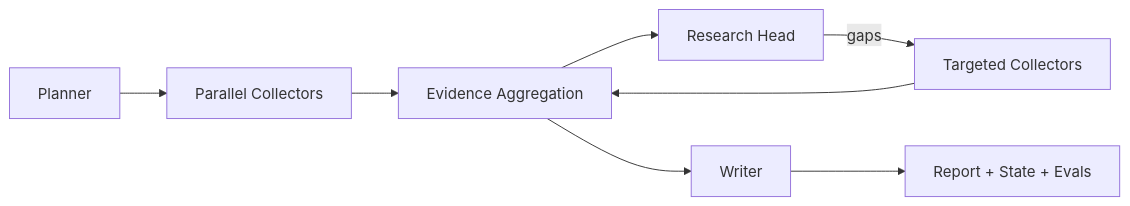
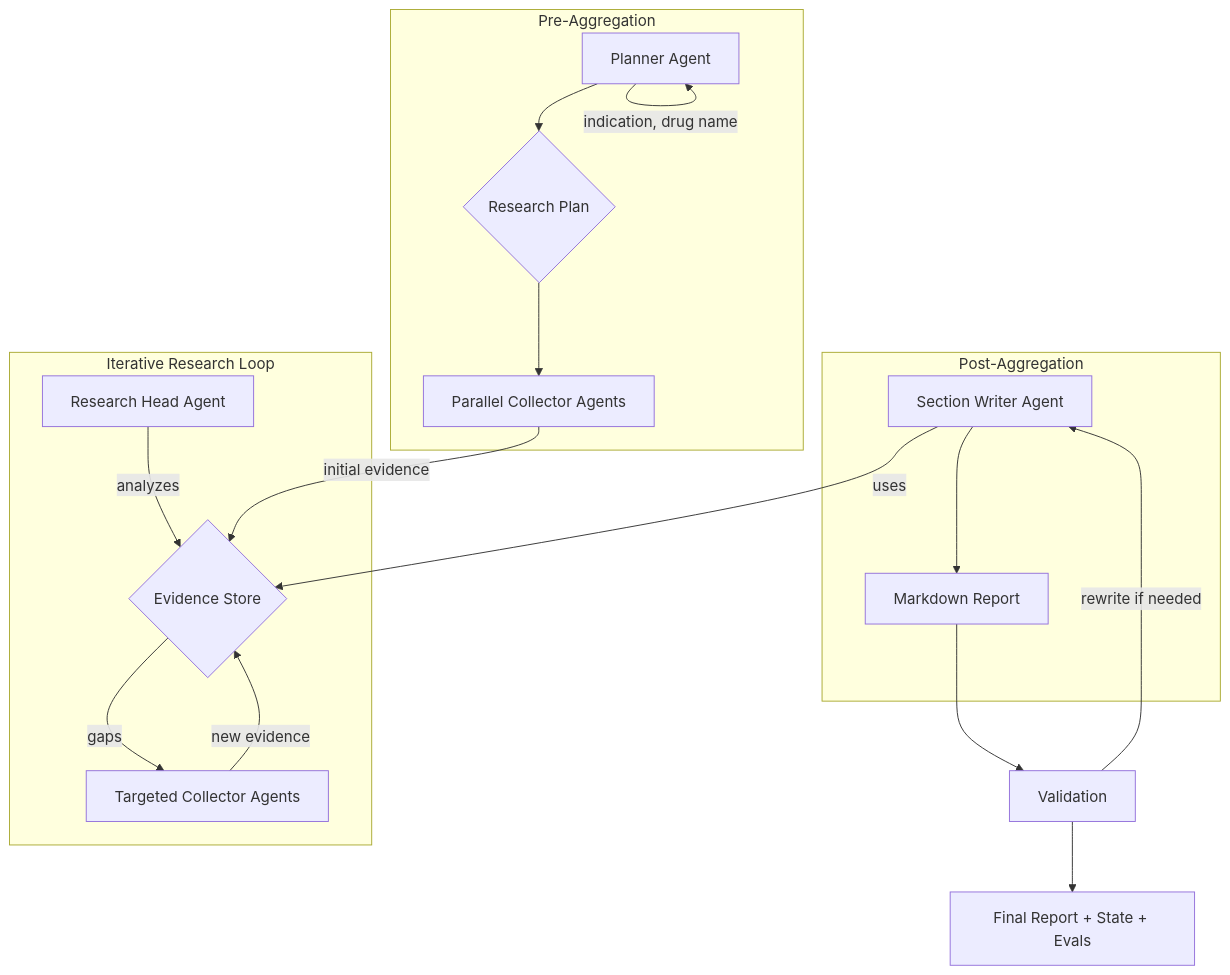
One commit to dodgituser/dod-deep-research changed the diagram in docs/architecture.md. Above: the diagram before and after it, drawn with Mermaid. The commit also changed 20 other files, not shown here.

````diff
--- a/docs/architecture.md
+++ b/docs/architecture.md
@@ -1,10 +1,24 @@
 ```mermaid
-flowchart LR
-    A[Planner] --> B[Parallel Collectors]
-    B --> C[Evidence Aggregation]
-    C --> D[Research Head]
-    D -->|gaps| E[Targeted Collectors]
-    E --> C
-    C --> F[Writer]
-    F --> G[Report + State + Evals]
+graph TD
+    subgraph "Pre-Aggregation"
+        A[Planner Agent] --> B{Research Plan};
+        B --> C[Parallel Collector Agents];
+    end
+
+    subgraph "Iterative Research Loop"
+        D[Research Head Agent] -- analyzes --> E{Evidence Store};
+        E -- gaps --> F[Targeted Collector Agents];
+        F -- new evidence --> E;
+    end
+
+    subgraph "Post-Aggregation"
+        G[Section Writer Agent] -- uses --> E;
+        G --> H[Markdown Report];
+    end
+
+    C -- initial evidence --> E;
+    A -- indication, drug name --> A;
+    H --> I[Validation];
+    I -- rewrite if needed --> G;
+    I --> J[Final Report + State + Evals];
 ```
````
